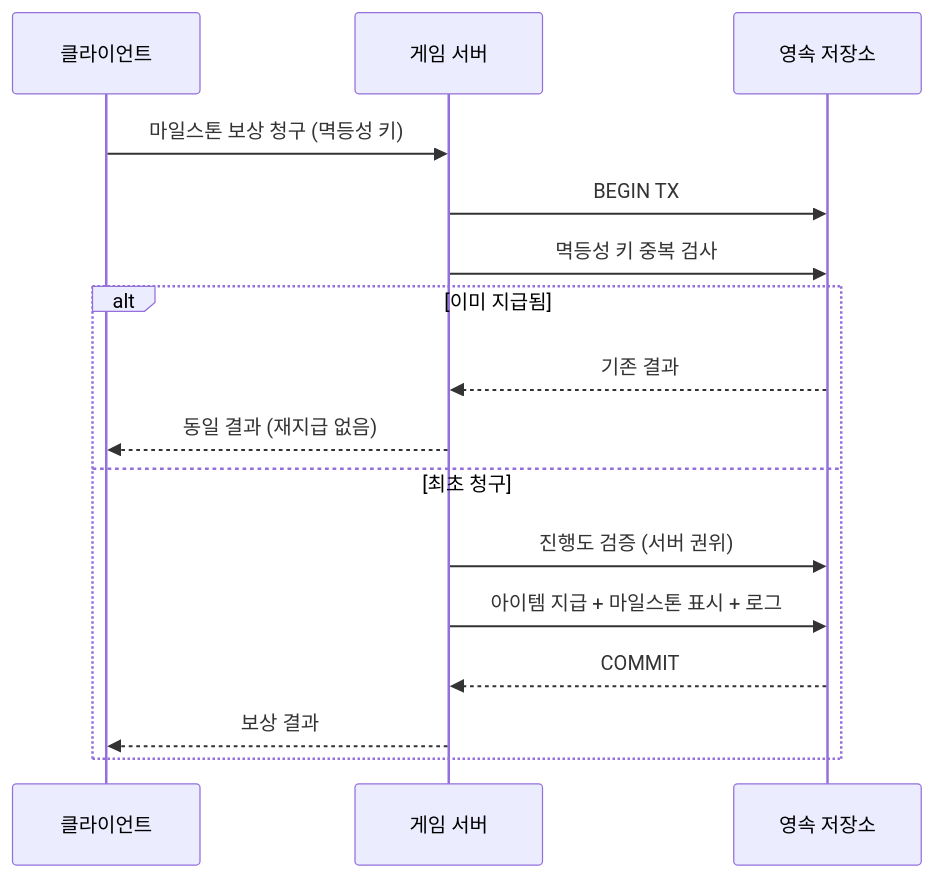
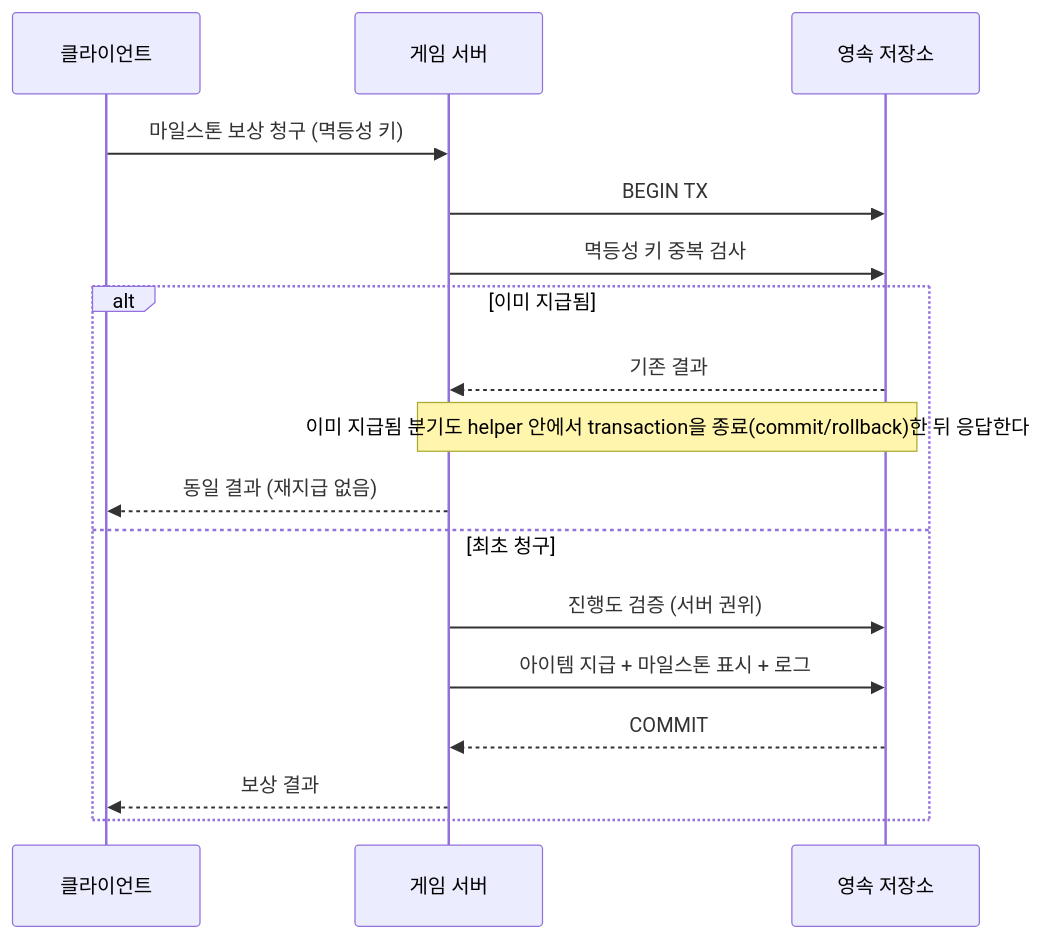
One commit to Rein-ArXiv/game-dev-curriculum changed the fourth of 5 diagrams in live_service/part02_event.md. Above: the diagram before and after it, drawn with Mermaid. The commit also changed other lines of this file and 279 other files, not shown here.

````diff
--- a/live_service/part02_event.md
+++ b/live_service/part02_event.md
@@ -402,18 +413,19 @@
 ```mermaid
 sequenceDiagram
     participant C as 클라이언트
     participant S as 게임 서버
     participant DB as 영속 저장소
     C->>S: 마일스톤 보상 청구 (멱등성 키)
     S->>DB: BEGIN TX
     S->>DB: 멱등성 키 중복 검사
     alt 이미 지급됨
         DB-->>S: 기존 결과
+        Note over S,DB: 이미 지급됨 분기도 helper 안에서 transaction을 종료(commit/rollback)한 뒤 응답한다
         S-->>C: 동일 결과 (재지급 없음)
     else 최초 청구
         S->>DB: 진행도 검증 (서버 권위)
         S->>DB: 아이템 지급 + 마일스톤 표시 + 로그
         DB-->>S: COMMIT
         S-->>C: 보상 결과
     end
 ```
````
